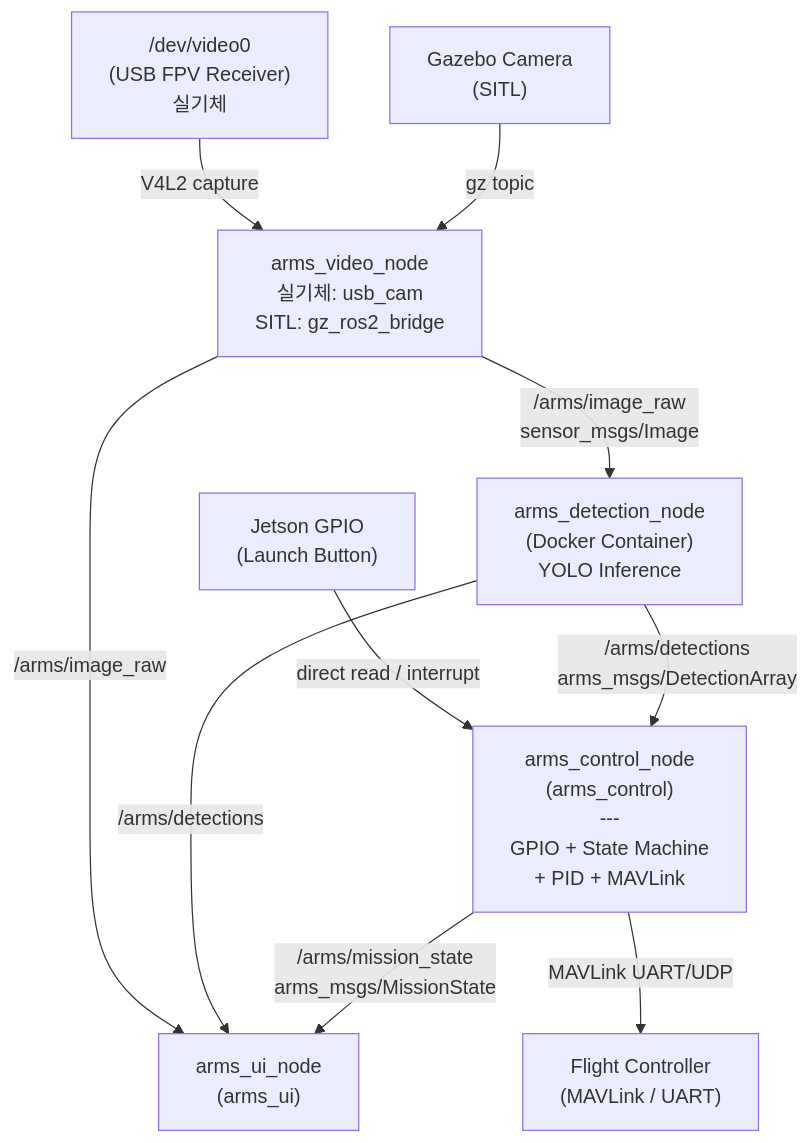
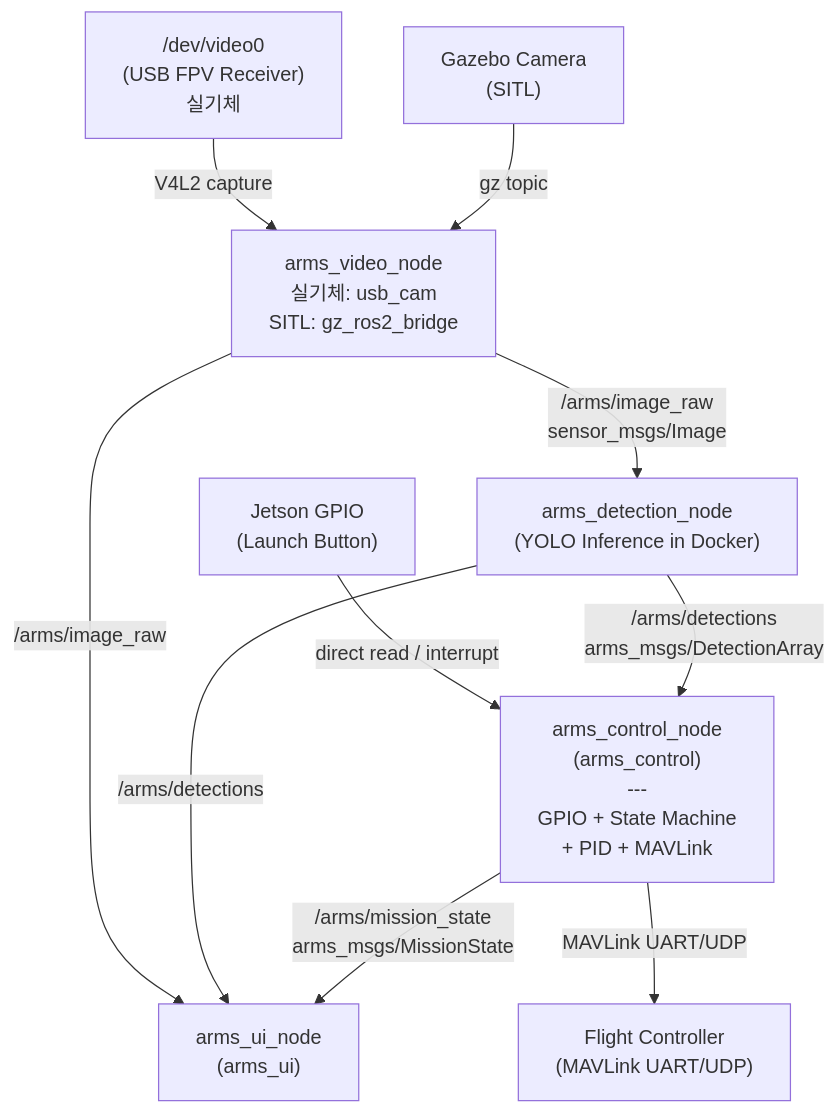
The first of 3 diagrams in SW/DESIGN.md (tokhun2002/A.R.M.S.-Anti-drone-Reusable-Modular-System-), drawn with Mermaid before and after one commit. The commit also changed other lines of this file and 1 other file, not shown here.

````diff
--- a/SW/DESIGN.md
+++ b/SW/DESIGN.md
@@ -58,22 +58,22 @@
 ```mermaid
 graph TD
     V4L2["/dev/video0<br/>(USB FPV Receiver)<br/>실기체"]
     GAZEBO["Gazebo Camera<br/>(SITL)"]
     GPIO["Jetson GPIO<br/>(Launch Button)"]
 
     VN["arms_video_node<br/>실기체: usb_cam<br/>SITL: gz_ros2_bridge"]
-    DN["arms_detection_node<br/>(Docker Container)<br/>YOLO Inference"]
+    DN["arms_detection_node<br/>(YOLO Inference in Docker)"]
     CN["arms_control_node<br/>(arms_control)<br/>---<br/>GPIO + State Machine<br/>+ PID + MAVLink"]
     UN["arms_ui_node<br/>(arms_ui)"]
-    FC["Flight Controller<br/>(MAVLink / UART)"]
+    FC["Flight Controller<br/>(MAVLink UART/UDP)"]
 
     V4L2 -->|V4L2 capture| VN
     GAZEBO -->|gz topic| VN
     GPIO -->|direct read / interrupt| CN
     VN -->|/arms/image_raw<br/>sensor_msgs/Image| DN
     VN -->|/arms/image_raw| UN
     DN -->|/arms/detections<br/>arms_msgs/DetectionArray| CN
     DN -->|/arms/detections| UN
     CN -->|/arms/mission_state<br/>arms_msgs/MissionState| UN
     CN -->|MAVLink UART/UDP| FC
 ```
````
